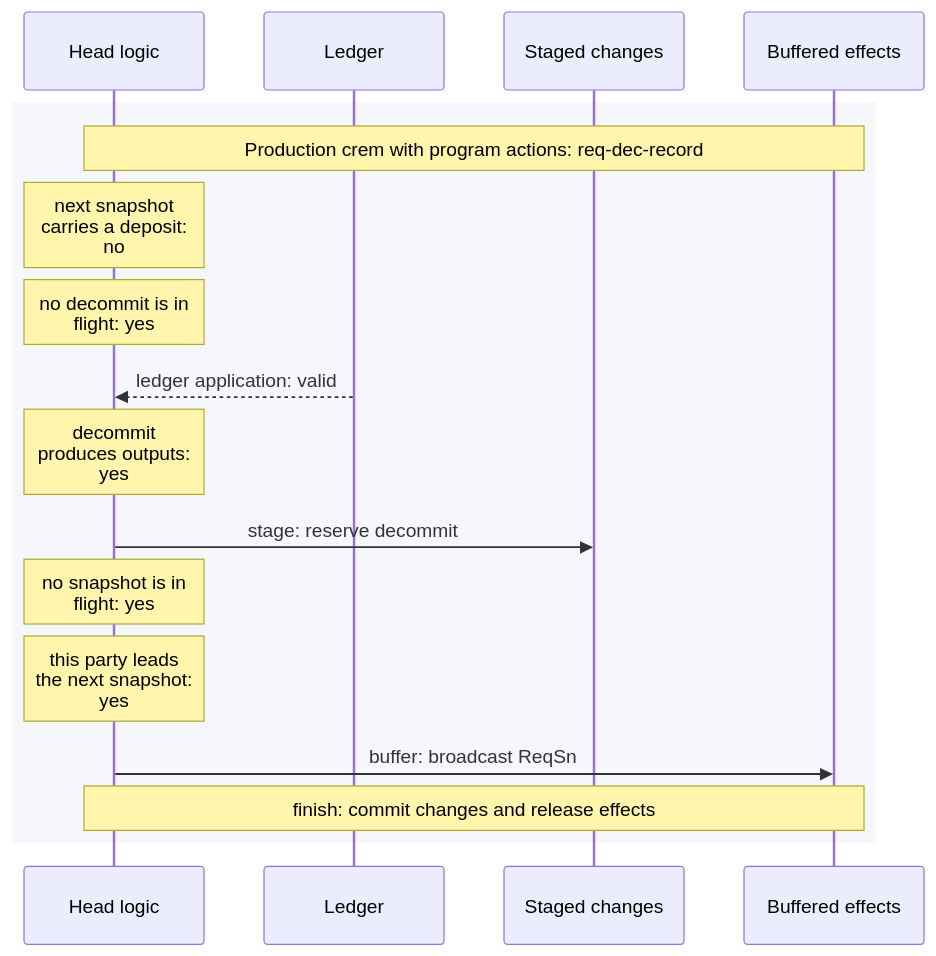
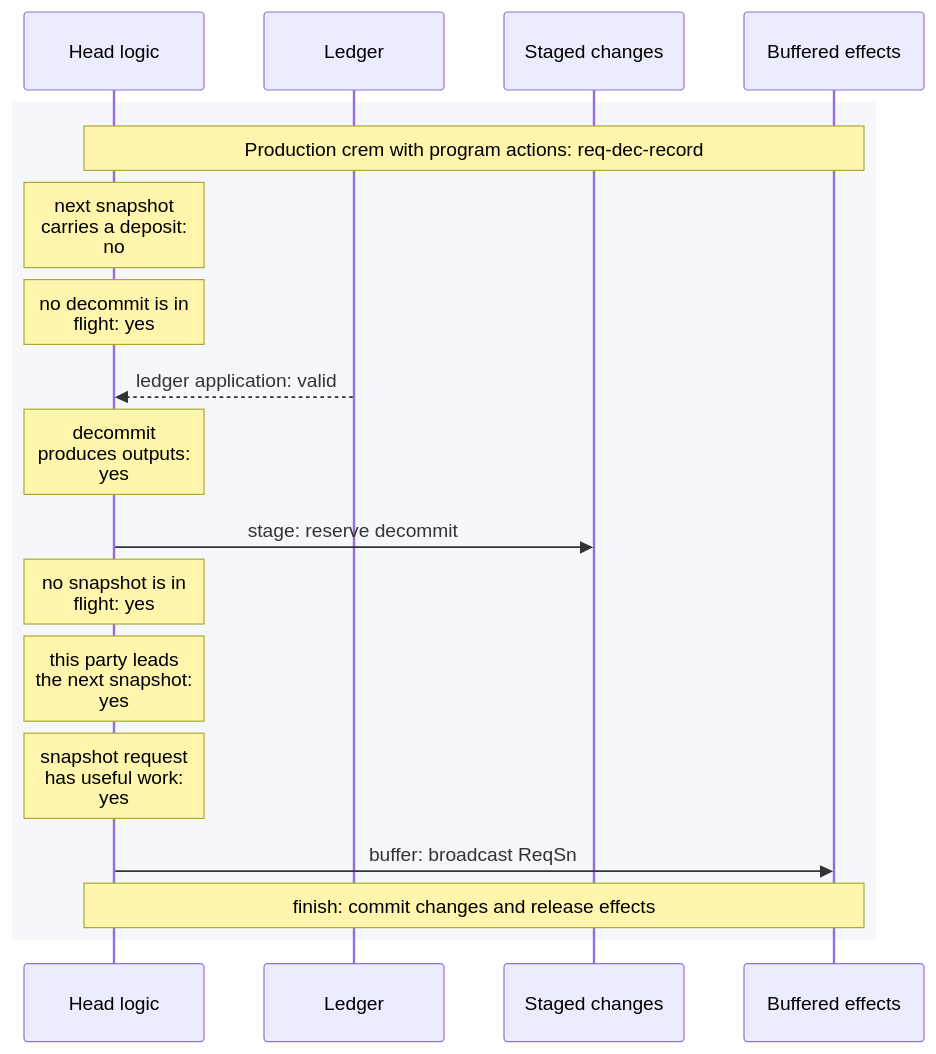
The diagram in docs/docs/dev/architecture/head-logic-experiments/workflows/req-dec-record.mmd (cardano-scaling/hydra), drawn with Mermaid before and after one commit. The commit also changed 47 other files, not shown here.

```diff
--- a/docs/docs/dev/architecture/head-logic-experiments/workflows/req-dec-record.mmd
+++ b/docs/docs/dev/architecture/head-logic-experiments/workflows/req-dec-record.mmd
@@ -1,18 +1,19 @@
 %%{init: {"sequence": {"wrap": true}}}%%
 sequenceDiagram
   participant logic as Head logic
   participant ledger as Ledger
   participant changes as Staged changes
   participant effects as Buffered effects
   rect rgb(245, 247, 250)
     Note over logic,effects: Production crem with program actions: req-dec-record
     Note over logic: next snapshot carries a deposit: no
     Note over logic: no decommit is in flight: yes
     ledger-->>logic: ledger application: valid
     Note over logic: decommit produces outputs: yes
     logic->>changes: stage: reserve decommit
     Note over logic: no snapshot is in flight: yes
     Note over logic: this party leads the next snapshot: yes
+    Note over logic: snapshot request has useful work: yes
     logic->>effects: buffer: broadcast ReqSn
     Note over logic,effects: finish: commit changes and release effects
   end
```
